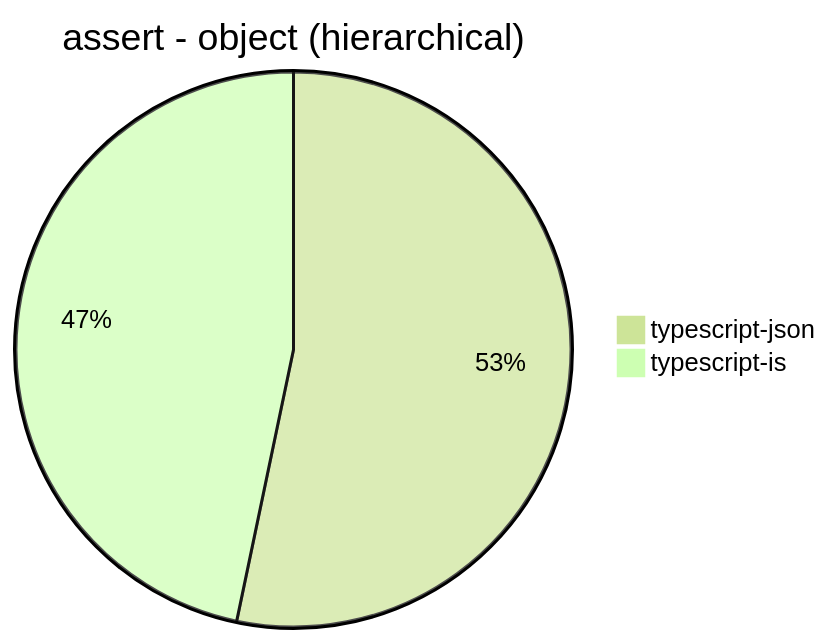
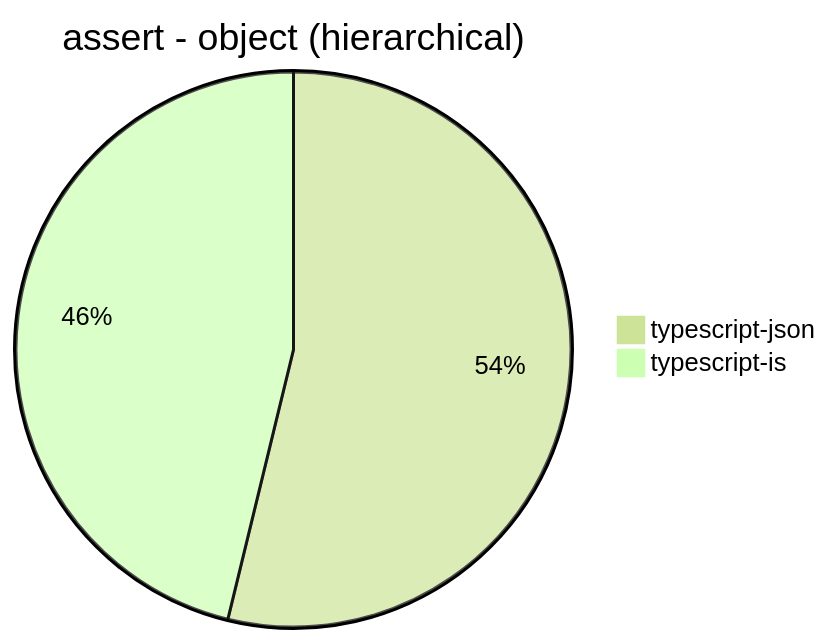
One commit to neklan1205/typescript-json changed the first of 30 diagrams in benchmark/results/Intel(R) Core(TM) i7-6700 CPU @ 3.40GHz.md. Above: the diagram before and after it, drawn with Mermaid (forest theme). The commit also changed other lines of this file, not shown here.

````diff
--- a/benchmark/results/Intel(R) Core(TM) i7-6700 CPU @ 3.40GHz.md
+++ b/benchmark/results/Intel(R) Core(TM) i7-6700 CPU @ 3.40GHz.md
@@ -18,5 +18,5 @@
 ```mermaid
 pie title assert - object (hierarchical)
-  "typescript-json": 16586.529803709705
-  "typescript-is": 14542.229425535746
+  "typescript-json": 18658.06571375534
+  "typescript-is": 16022.569149838793
 ```
````
